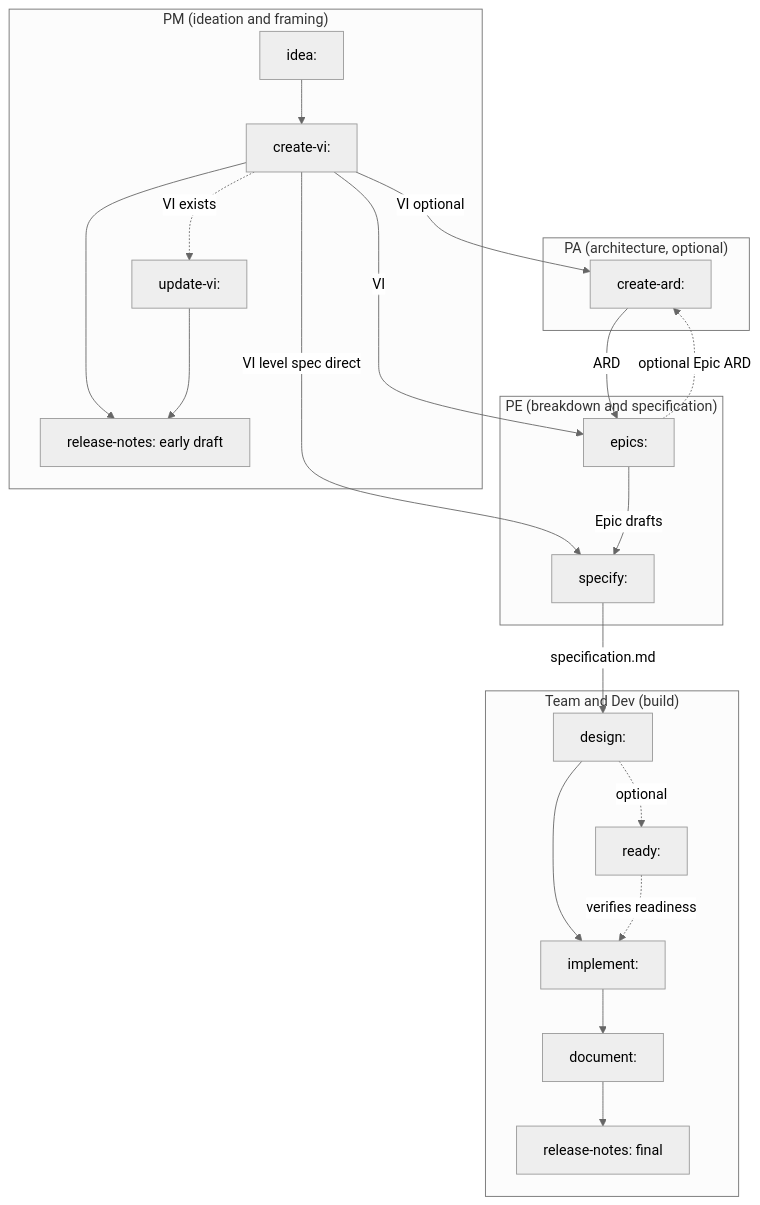
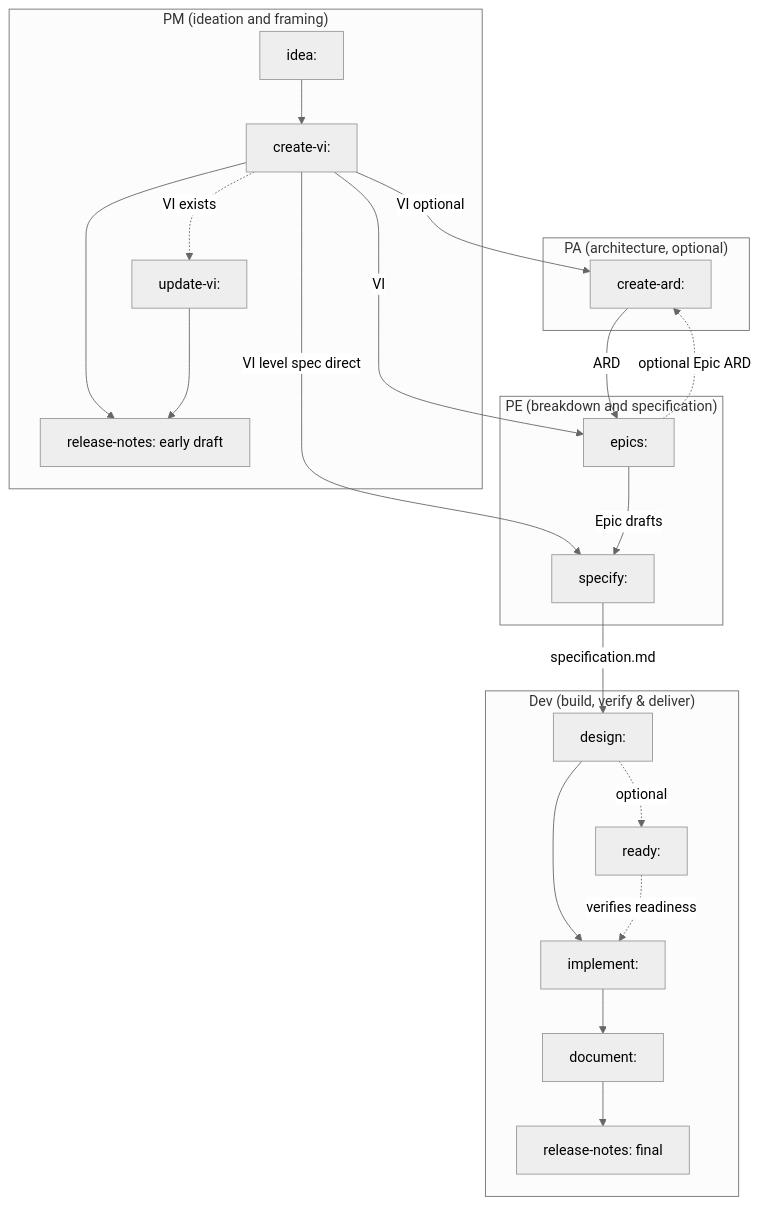
Before and after one commit to ihudak/ihudak-copilot-plugins: the diagram in dev-workflows/docs/workflow.md, drawn with Mermaid (neutral theme). The commit also changed 10 other files, not shown here.

````diff
--- a/dev-workflows/docs/workflow.md
+++ b/dev-workflows/docs/workflow.md
@@ -5,39 +5,39 @@
 ```mermaid
 flowchart TD
     subgraph PM["PM (ideation and framing)"]
         idea["idea:"] --> createvi["create-vi:"]
         createvi -.->|VI exists| updatevi["update-vi:"]
         createvi --> rnearly["release-notes: early draft"]
         updatevi --> rnearly
     end
 
     subgraph PA["PA (architecture, optional)"]
         createard["create-ard:"]
     end
 
     subgraph PE["PE (breakdown and specification)"]
         epics["epics:"]
         specify["specify:"]
     end
 
-    subgraph DEV["Team and Dev (build)"]
+    subgraph DEV["Dev (build, verify & deliver)"]
         design["design:"]
         ready["ready:"]
         implement["implement:"]
         document["document:"]
         rnfinal["release-notes: final"]
         design --> implement
         design -.->|optional| ready
         ready -.->|verifies readiness| implement
         implement --> document
         document --> rnfinal
     end
 
     createvi -->|VI optional| createard
     createvi -->|VI| epics
     createvi -->|VI level spec direct| specify
     createard -->|ARD| epics
     epics -->|Epic drafts| specify
     epics -.->|optional Epic ARD| createard
     specify -->|specification.md| design
 ```
````
